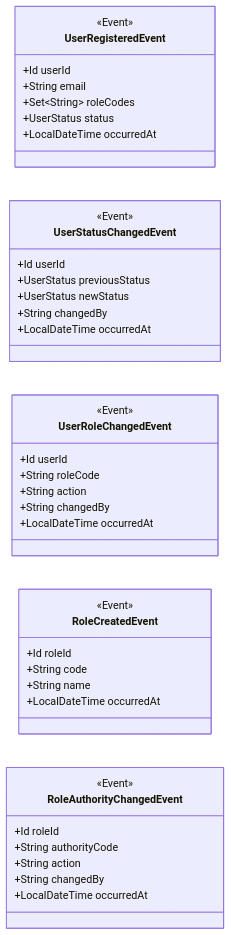
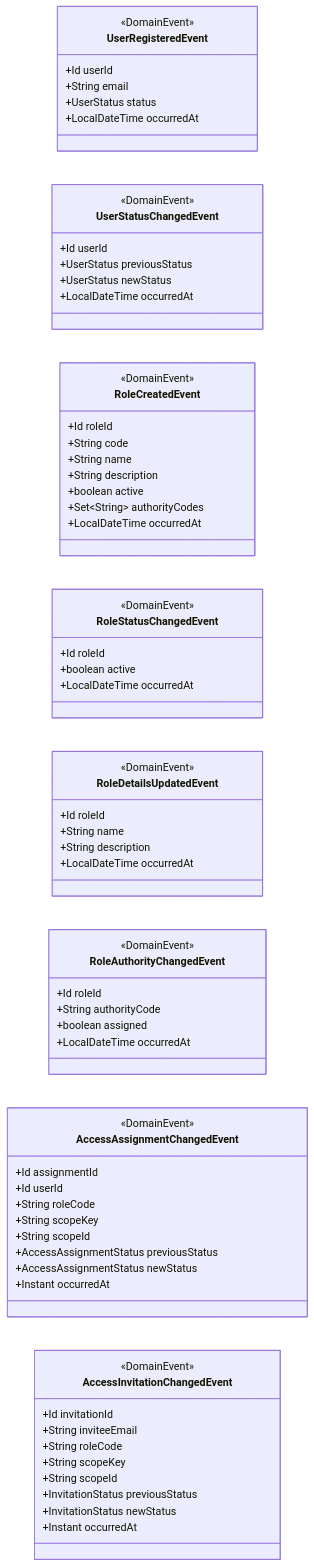
One commit to khinemyaezin/grab changed the fifth of 6 diagrams in docs/dev/domain/identity/architecture/DGR_001-Identity_bounded_context_architecture.md. Above: the diagram before and after it, drawn with Mermaid. The commit also changed other lines of this file and 178 other files, not shown here.

````diff
--- a/docs/dev/domain/identity/architecture/DGR_001-Identity_bounded_context_architecture.md
+++ b/docs/dev/domain/identity/architecture/DGR_001-Identity_bounded_context_architecture.md
@@ -217,48 +420,78 @@
 ```mermaid
 classDiagram
     direction LR
 
     class UserRegisteredEvent {
-        <<Event>>
+        <<DomainEvent>>
         +Id userId
         +String email
-        +Set~String~ roleCodes
         +UserStatus status
         +LocalDateTime occurredAt
     }
 
     class UserStatusChangedEvent {
-        <<Event>>
+        <<DomainEvent>>
         +Id userId
         +UserStatus previousStatus
         +UserStatus newStatus
-        +String changedBy
-        +LocalDateTime occurredAt
-    }
-
-    class UserRoleChangedEvent {
-        <<Event>>
-        +Id userId
-        +String roleCode
-        +String action
-        +String changedBy
         +LocalDateTime occurredAt
     }
 
     class RoleCreatedEvent {
-        <<Event>>
+        <<DomainEvent>>
         +Id roleId
         +String code
         +String name
+        +String description
+        +boolean active
+        +Set~String~ authorityCodes
+        +LocalDateTime occurredAt
+    }
+
+    class RoleStatusChangedEvent {
+        <<DomainEvent>>
+        +Id roleId
+        +boolean active
+        +LocalDateTime occurredAt
+    }
+
+    class RoleDetailsUpdatedEvent {
+        <<DomainEvent>>
+        +Id roleId
+        +String name
+        +String description
         +LocalDateTime occurredAt
     }
 
     class RoleAuthorityChangedEvent {
-        <<Event>>
+        <<DomainEvent>>
         +Id roleId
         +String authorityCode
-        +String action
-        +String changedBy
+        +boolean assigned
         +LocalDateTime occurredAt
     }
+
+    class AccessAssignmentChangedEvent {
+        <<DomainEvent>>
+        +Id assignmentId
+        +Id userId
+        +String roleCode
+        +String scopeKey
+        +String scopeId
+        +AccessAssignmentStatus previousStatus
+        +AccessAssignmentStatus newStatus
+        +Instant occurredAt
+    }
+
+    class AccessInvitationChangedEvent {
+        <<DomainEvent>>
+        +Id invitationId
+        +String inviteeEmail
+        +String roleCode
+        +String scopeKey
+        +String scopeId
+        +InvitationStatus previousStatus
+        +InvitationStatus newStatus
+        +Instant occurredAt
+    }
 ```
````
